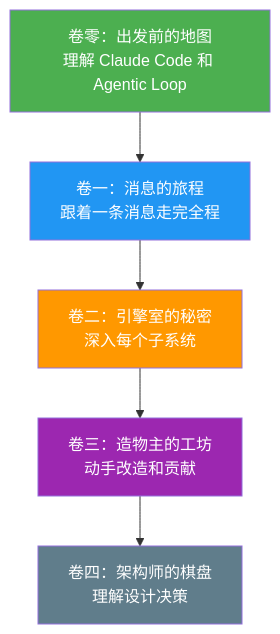
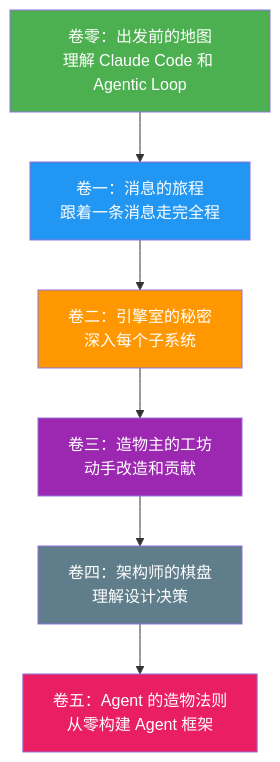
Before and after one commit to nadav-cheung/claudeai: the fourth of 4 diagrams in teaching/book/卷零-出发前的地图/第01章-你和AI的第一次对话.md, drawn with Mermaid. The commit also changed other lines of this file and 2 other files, not shown here.

Commit message:
fix(book): 四路并行检阅修复 — 7项问题全部解决

````diff
--- a/teaching/book/卷零-出发前的地图/第01章-你和AI的第一次对话.md
+++ b/teaching/book/卷零-出发前的地图/第01章-你和AI的第一次对话.md
@@ -235,16 +235,18 @@
 ```mermaid
 graph TD
     V0["卷零：出发前的地图<br/>理解 Claude Code 和 Agentic Loop"]
     V1["卷一：消息的旅程<br/>跟着一条消息走完全程"]
     V2["卷二：引擎室的秘密<br/>深入每个子系统"]
     V3["卷三：造物主的工坊<br/>动手改造和贡献"]
     V4["卷四：架构师的棋盘<br/>理解设计决策"]
+    V5["卷五：Agent 的造物法则<br/>从零构建 Agent 框架"]
 
-    V0 --> V1 --> V2 --> V3 --> V4
+    V0 --> V1 --> V2 --> V3 --> V4 --> V5
 
     style V0 fill:#4CAF50,color:#fff
     style V1 fill:#2196F3,color:#fff
     style V2 fill:#FF9800,color:#fff
     style V3 fill:#9C27B0,color:#fff
     style V4 fill:#607D8B,color:#fff
+    style V5 fill:#E91E63,color:#fff
 ```
````
